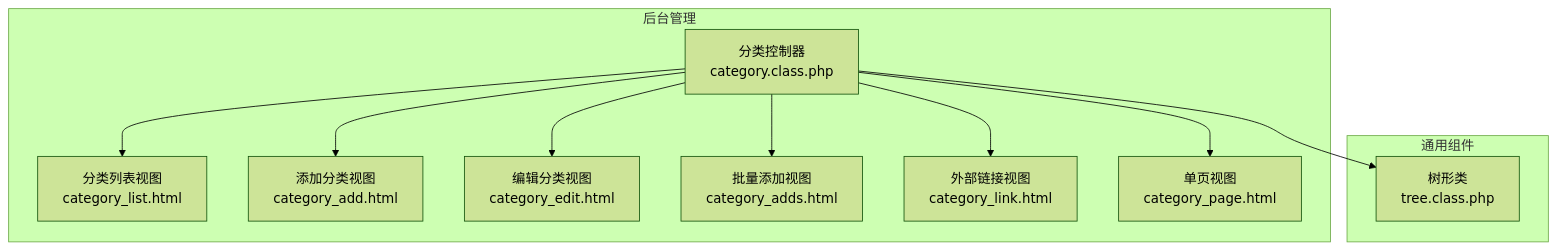
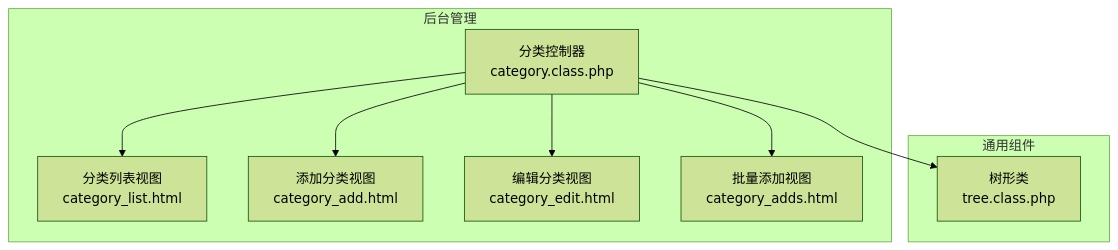
Before and after one commit to lirongyaoper/lryblog.com: the first of 10 diagrams in .qoder/repowiki/zh/content/后台管理模块/分类管理/分类管理.md, drawn with Mermaid (forest theme). The commit also changed other lines of this file and 13 other files, not shown here.

````diff
--- a/.qoder/repowiki/zh/content/后台管理模块/分类管理/分类管理.md
+++ b/.qoder/repowiki/zh/content/后台管理模块/分类管理/分类管理.md
@@ -51,22 +44,18 @@
 ```mermaid
 graph TB
 subgraph "后台管理"
 Ctl["分类控制器<br/>category.class.php"]
 ViewList["分类列表视图<br/>category_list.html"]
 ViewAdd["添加分类视图<br/>category_add.html"]
 ViewEdit["编辑分类视图<br/>category_edit.html"]
 ViewAdds["批量添加视图<br/>category_adds.html"]
-ViewLink["外部链接视图<br/>category_link.html"]
-ViewPage["单页视图<br/>category_page.html"]
 end
 subgraph "通用组件"
 Tree["树形类<br/>tree.class.php"]
 end
 Ctl --> ViewList
 Ctl --> ViewAdd
 Ctl --> ViewEdit
 Ctl --> ViewAdds
-Ctl --> ViewLink
-Ctl --> ViewPage
 Ctl --> Tree
 ```
````
